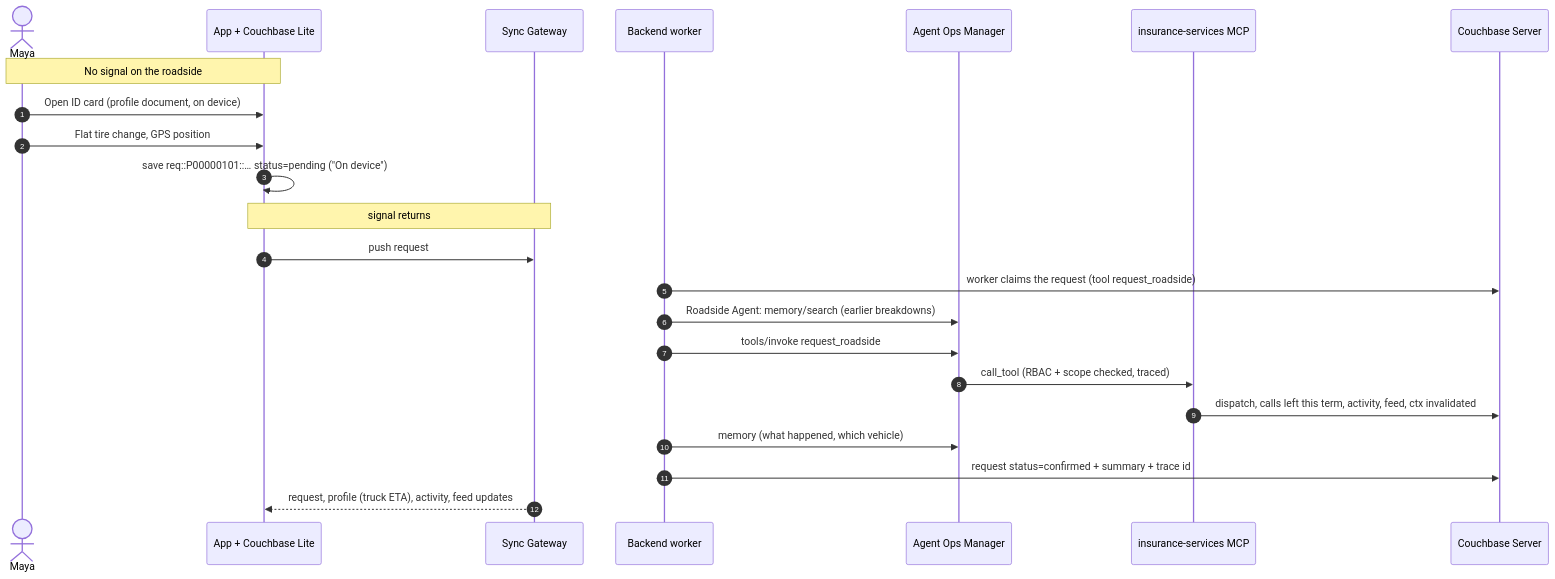
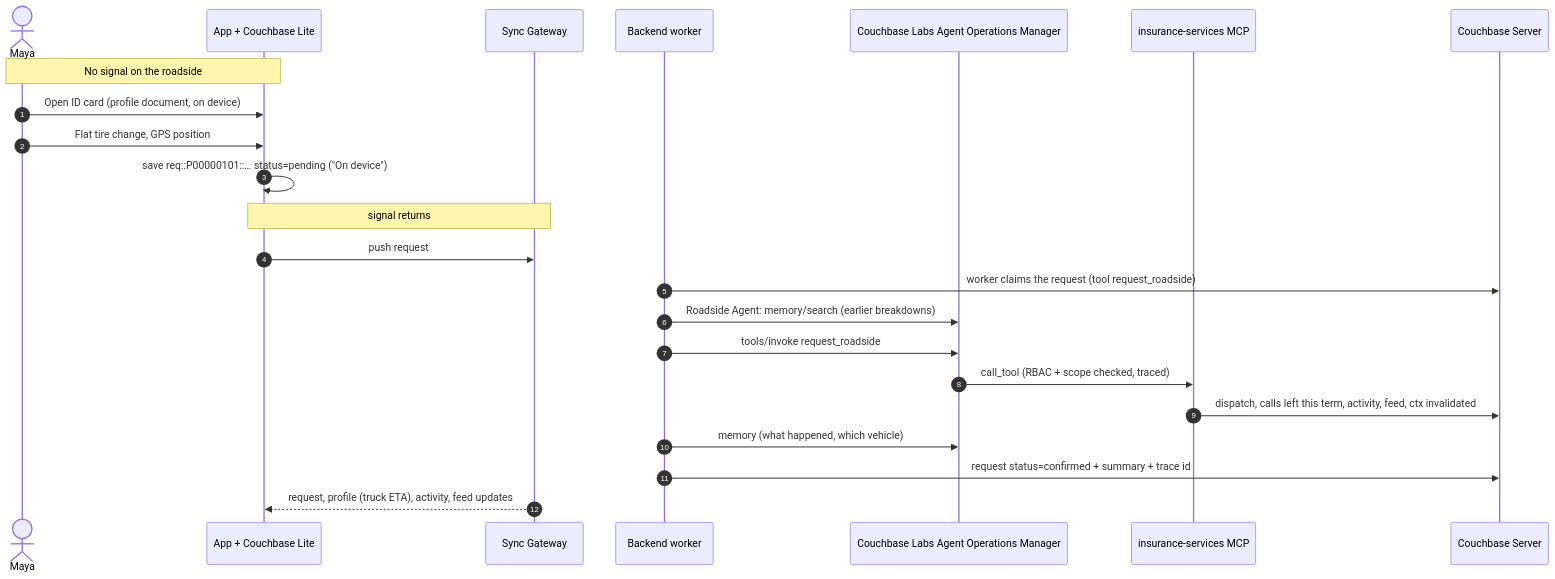
The first of 2 diagrams in README.md (Couchbase-Field-Engineering/couchbase-insurance-mobile-ai-personalization-demo), drawn with Mermaid before and after one commit. The commit also changed other lines of this file and 12 other files, not shown here.

First line of the commit message:
Use the Couchbase Labs Agent Operations Manager name

````diff
--- a/README.md
+++ b/README.md
@@ -76,26 +76,26 @@
 ```mermaid
 sequenceDiagram
   autonumber
   actor U as Maya
   participant App as App + Couchbase Lite
   participant SG as Sync Gateway
   participant BE as Backend worker
-  participant AOM as Agent Ops Manager
+  participant AOM as Couchbase Labs Agent Operations Manager
   participant MCP as insurance-services MCP
   participant CB as Couchbase Server
 
   Note over U,App: No signal on the roadside
   U->>App: Open ID card (profile document, on device)
   U->>App: Flat tire change, GPS position
   App->>App: save req::P00000101::… status=pending ("On device")
   Note over App,SG: signal returns
   App->>SG: push request
   BE->>CB: worker claims the request (tool request_roadside)
   BE->>AOM: Roadside Agent: memory/search (earlier breakdowns)
   BE->>AOM: tools/invoke request_roadside
   AOM->>MCP: call_tool (RBAC + scope checked, traced)
   MCP->>CB: dispatch, calls left this term, activity, feed, ctx invalidated
   BE->>AOM: memory (what happened, which vehicle)
   BE->>CB: request status=confirmed + summary + trace id
   SG-->>App: request, profile (truck ETA), activity, feed updates
 ```
````
